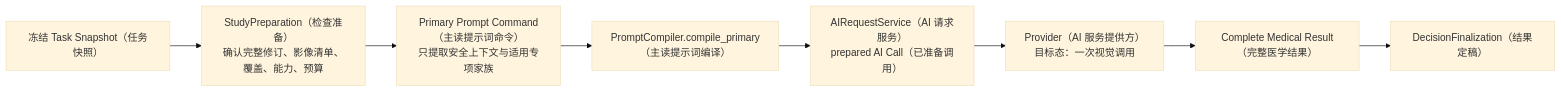
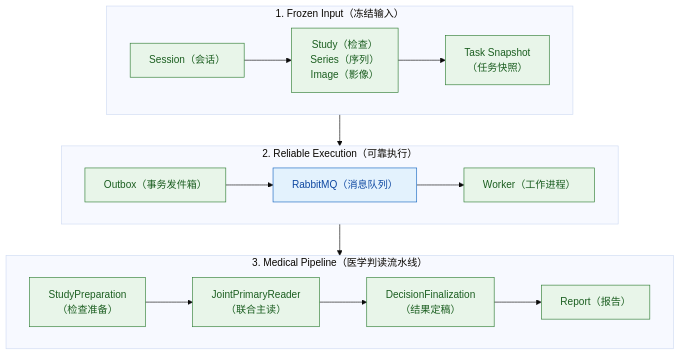
One commit to zhichengmo/ms-image changed the fourth of 6 diagrams in docs/refactor/14-xray-specialty-design.md. Above: the diagram before and after it, drawn with Mermaid (base theme). The commit also changed other lines of this file and 15 other files, not shown here.

Commit message:
docs(xray): finalize runtime and medical optimization roadmap

````diff
--- a/docs/refactor/14-xray-specialty-design.md
+++ b/docs/refactor/14-xray-specialty-design.md
@@ -792,13 +282,35 @@
 ```mermaid
-flowchart LR
-    TS["冻结 Task Snapshot（任务快照）"]
-    SP["StudyPreparation（检查准备）<br/>确认完整修订、影像清单、覆盖、能力、预算"]
-    PC["Primary Prompt Command（主读提示词命令）<br/>只提取安全上下文与适用专项家族"]
-    CP["PromptCompiler.compile_primary（主读提示词编译）"]
-    CALL["AIRequestService（AI 请求服务）<br/>prepared AI Call（已准备调用）"]
-    PROV["Provider（AI 服务提供方）<br/>目标态：一次视觉调用"]
-    OUT["Complete Medical Result（完整医学结果）"]
-    FIN["DecisionFinalization（结果定稿）"]
+flowchart TB
+    subgraph frozen_input["1. Frozen Input（冻结输入）"]
+        direction LR
+        session["Session（会话）"]
+        study["Study（检查）<br/>Series（序列）<br/>Image（影像）"]
+        snapshot["Task Snapshot<br/>（任务快照）"]
+        session --> study --> snapshot
+    end
 
-    TS --> SP --> PC --> CP --> CALL --> PROV --> OUT --> FIN
+    subgraph reliable_execution["2. Reliable Execution（可靠执行）"]
+        direction LR
+        outbox["Outbox（事务发件箱）"]
+        broker["RabbitMQ（消息队列）"]
+        worker["Worker（工作进程）"]
+        outbox --> broker --> worker
+    end
+
+    subgraph medical_pipeline["3. Medical Pipeline（医学判读流水线）"]
+        direction LR
+        preparation["StudyPreparation<br/>（检查准备）"]
+        primary["JointPrimaryReader<br/>（联合主读）"]
+        finalization["DecisionFinalization<br/>（结果定稿）"]
+        report["Report（报告）"]
+        preparation --> primary --> finalization --> report
+    end
+
+    snapshot --> outbox
+    worker --> preparation
+
+    classDef currentState fill:#e8f5e9,stroke:#2e7d32,color:#1b5e20;
+    classDef externalState fill:#e3f2fd,stroke:#1565c0,color:#0d47a1;
+    class session,study,snapshot,outbox,worker,preparation,primary,finalization,report currentState;
+    class broker externalState;
 ```
````
